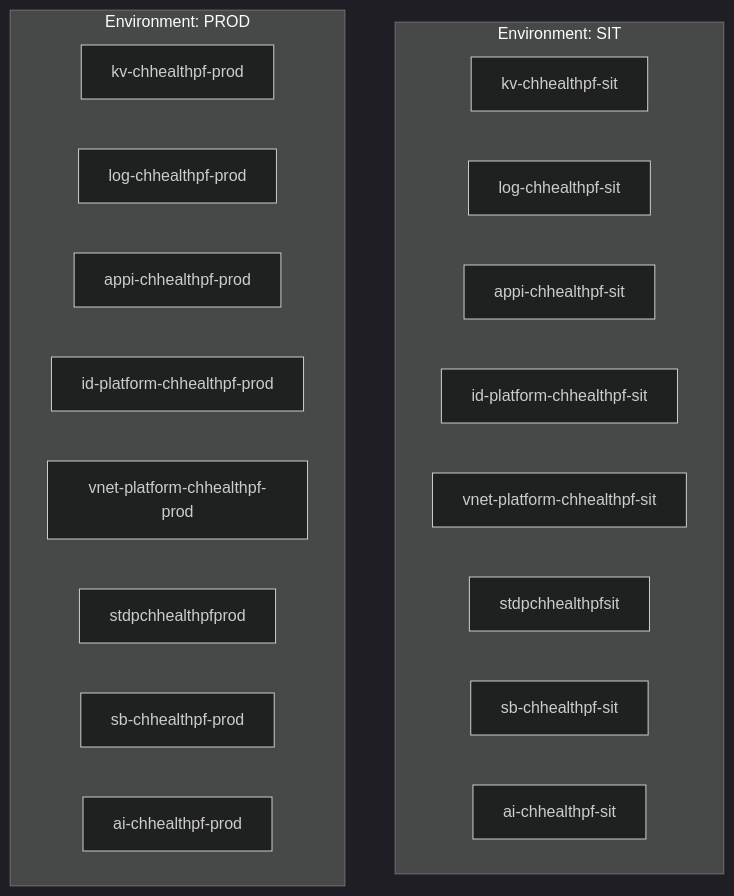
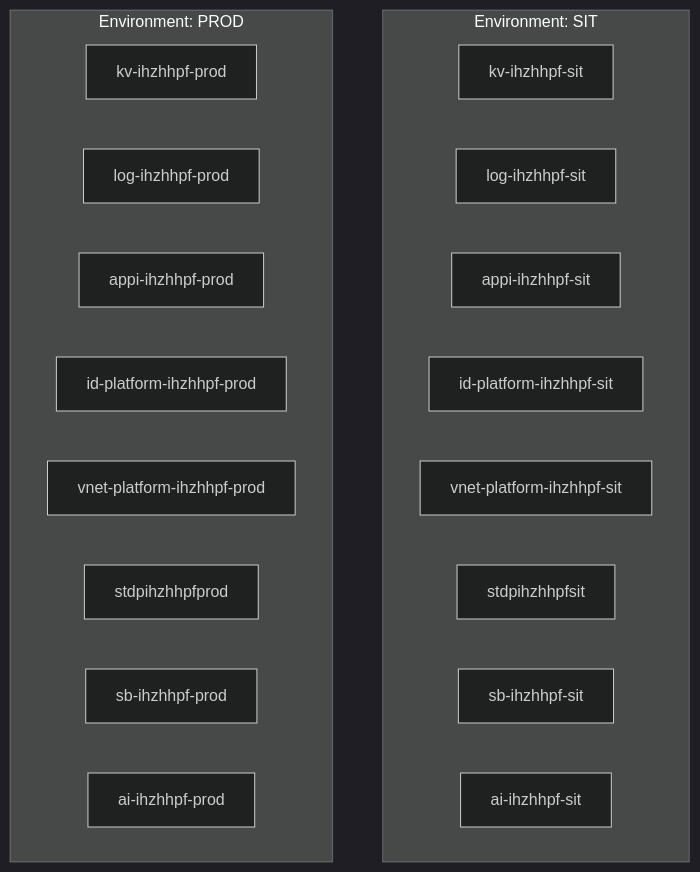
Before and after one commit to urruegg/SwissHospitalCapacityPlatform: the diagram in docs/INFRASTRUCTURE.md, drawn with Mermaid (dark theme). The commit also changed other lines of this file and 4 other files, not shown here.

First line of the commit message:
docs(governance): rename chhealthpf -> ihzhhpf in governance rule, CI parity check, SD, Infrastructure, AGENTS

````diff
--- a/docs/INFRASTRUCTURE.md
+++ b/docs/INFRASTRUCTURE.md
@@ -39,24 +39,24 @@
 ```mermaid
 flowchart TD
   subgraph SIT[Environment: SIT]
-    SITKV[kv-chhealthpf-sit]
-    SITLOG[log-chhealthpf-sit]
-    SITAPPI[appi-chhealthpf-sit]
-    SITID[id-platform-chhealthpf-sit]
-    SITVNET[vnet-platform-chhealthpf-sit]
-    SITST[stdpchhealthpfsit]
-    SITSB[sb-chhealthpf-sit]
-    SITAI[ai-chhealthpf-sit]
+    SITKV[kv-ihzhhpf-sit]
+    SITLOG[log-ihzhhpf-sit]
+    SITAPPI[appi-ihzhhpf-sit]
+    SITID[id-platform-ihzhhpf-sit]
+    SITVNET[vnet-platform-ihzhhpf-sit]
+    SITST[stdpihzhhpfsit]
+    SITSB[sb-ihzhhpf-sit]
+    SITAI[ai-ihzhhpf-sit]
   end
 
   subgraph PROD[Environment: PROD]
-    PRODKV[kv-chhealthpf-prod]
-    PRODLOG[log-chhealthpf-prod]
-    PRODAPPI[appi-chhealthpf-prod]
-    PRODID[id-platform-chhealthpf-prod]
-    PRODVNET[vnet-platform-chhealthpf-prod]
-    PRODST[stdpchhealthpfprod]
-    PRODSB[sb-chhealthpf-prod]
-    PRODAI[ai-chhealthpf-prod]
+    PRODKV[kv-ihzhhpf-prod]
+    PRODLOG[log-ihzhhpf-prod]
+    PRODAPPI[appi-ihzhhpf-prod]
+    PRODID[id-platform-ihzhhpf-prod]
+    PRODVNET[vnet-platform-ihzhhpf-prod]
+    PRODST[stdpihzhhpfprod]
+    PRODSB[sb-ihzhhpf-prod]
+    PRODAI[ai-ihzhhpf-prod]
   end
 ```
````
